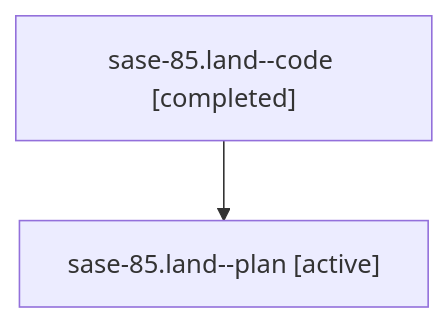
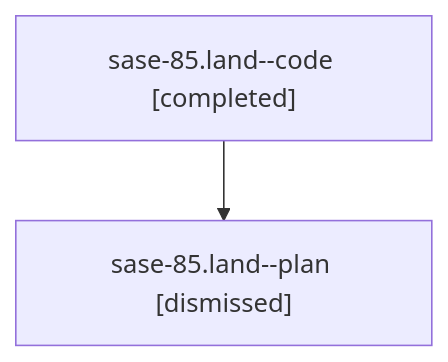
Before and after one commit to sase-org/sase--agents: the diagram in sessions/bbugyi200.athena.sase-85.land.md, drawn with Mermaid. The commit also changed other lines of this file and 88 other files, not shown here.

````diff
--- a/sessions/bbugyi200.athena.sase-85.land.md
+++ b/sessions/bbugyi200.athena.sase-85.land.md
@@ -9,6 +9,6 @@
 ```mermaid
 flowchart TD
   n0["sase-85.land--code [completed]"]
-  n1["sase-85.land--plan [active]"]
+  n1["sase-85.land--plan [dismissed]"]
   n0 --> n1
 ```
````
